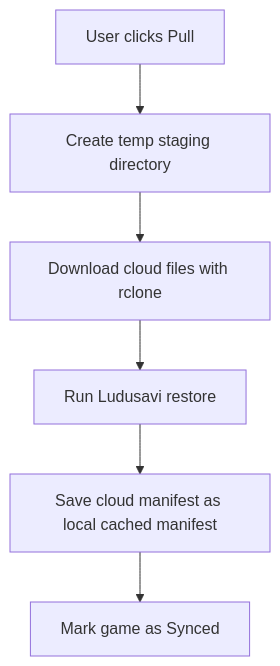
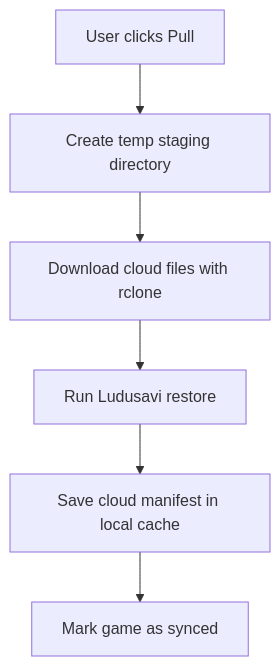
The second of 3 diagrams in docs/USER_GUIDE.md (d1p/savesync), drawn with Mermaid before and after one commit. The commit also changed other lines of this file and 1 other file, not shown here.

Commit message:
docs: fix Mermaid syntax for GitHub rendering

````diff
--- a/docs/USER_GUIDE.md
+++ b/docs/USER_GUIDE.md
@@ -101,8 +101,8 @@
 ```mermaid
 flowchart TD
     A[User clicks Pull] --> B[Create temp staging directory]
     B --> C[Download cloud files with rclone]
     C --> D[Run Ludusavi restore]
-    D --> E[Save cloud manifest as local cached manifest]
-    E --> F[Mark game as Synced]
+    D --> E[Save cloud manifest in local cache]
+    E --> F[Mark game as synced]
 ```
````
